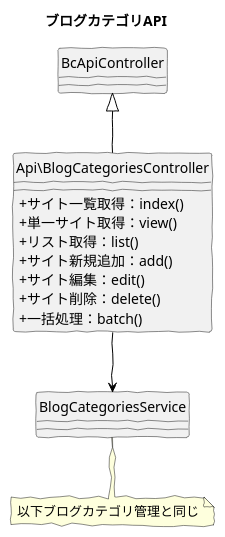
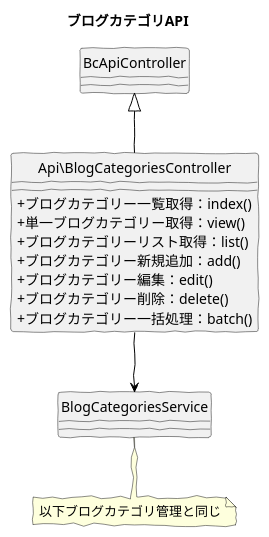
The diagram in src/puml/5/ucmitz/svg/class/api_blog_categories.puml (baserproject/baserproject.github.io), drawn with PlantUML before and after one commit. The commit also changed 2 other files, not shown here.

```diff
--- a/src/puml/5/ucmitz/svg/class/api_blog_categories.puml
+++ b/src/puml/5/ucmitz/svg/class/api_blog_categories.puml
@@ -1,25 +1,25 @@
 @startuml
 skinparam handwritten true
 skinparam backgroundColor white
 hide circle
 skinparam classAttributeIconSize 0
 
 title ブログカテゴリAPI
 
 class Api\BlogCategoriesController {
-  + サイト一覧取得：index()
-  + 単一サイト取得：view()
-  + リスト取得：list()
-  + サイト新規追加：add()
-  + サイト編集：edit()
-  + サイト削除：delete()
-  + 一括処理：batch()
+  + ブログカテゴリー一覧取得：index()
+  + 単一ブログカテゴリー取得：view()
+  + ブログカテゴリーリスト取得：list()
+  + ブログカテゴリー新規追加：add()
+  + ブログカテゴリー編集：edit()
+  + ブログカテゴリー削除：delete()
+  + ブログカテゴリー一括処理：batch()
 }
 
 Api\BlogCategoriesController -down[#Black]-> BlogCategoriesService
 Api\BlogCategoriesController -up[#Black]-|> BcApiController
 
 note "以下ブログカテゴリ管理と同じ" as note
 BlogCategoriesService .. note
 
 @enduml
```
